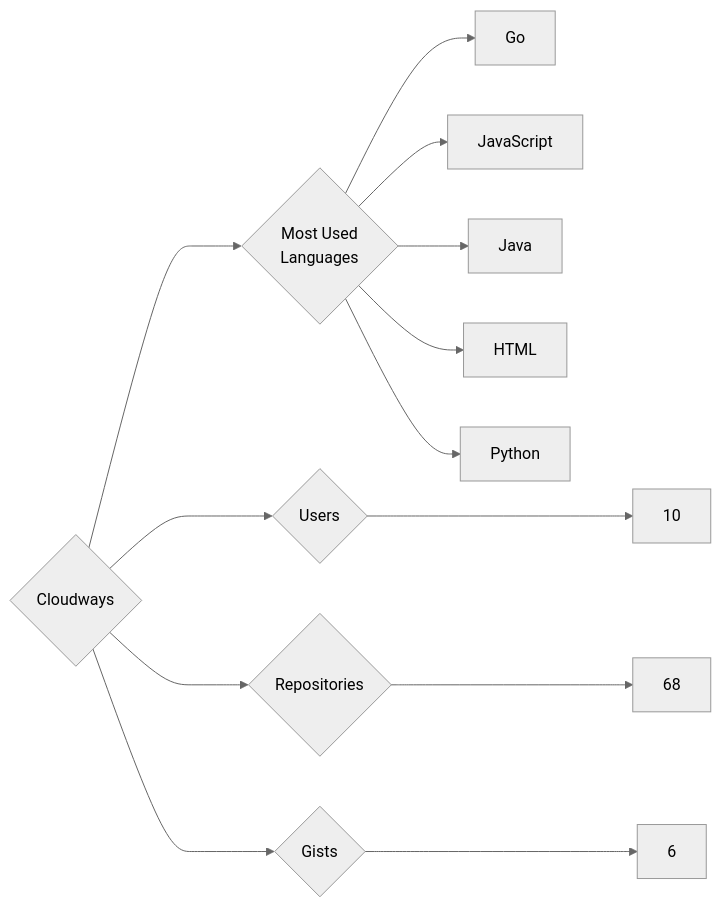
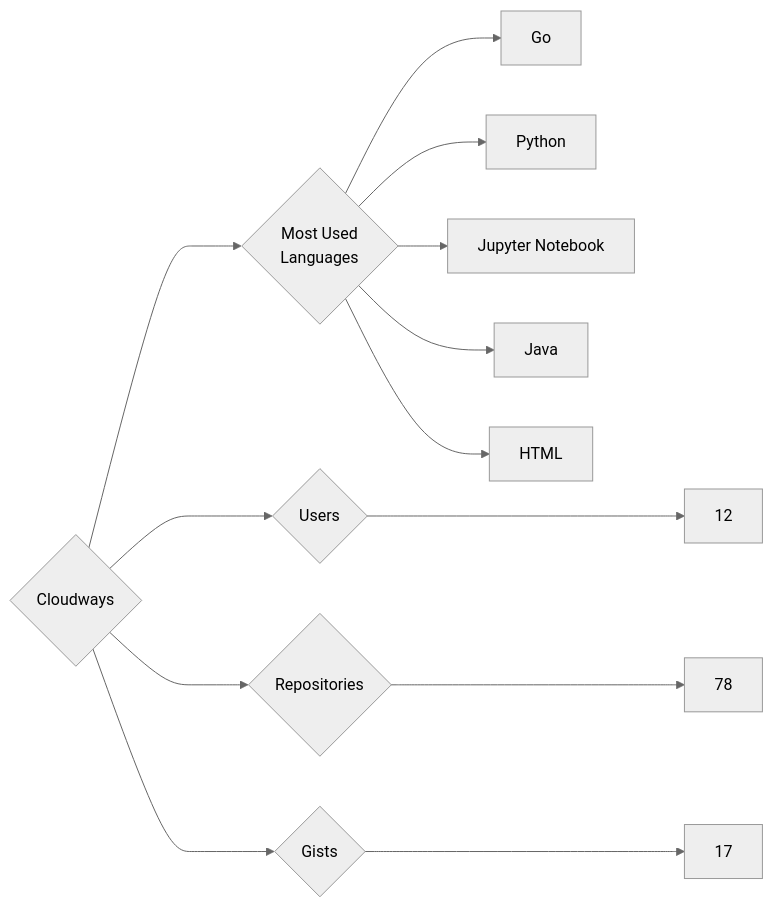
One commit to trickest/insiders changed the diagram in targets/Cloudways/README.md. Above: the diagram before and after it, drawn with Mermaid (neutral theme). The commit also changed 1078 other files, not shown here.

````diff
--- a/targets/Cloudways/README.md
+++ b/targets/Cloudways/README.md
@@ -3,13 +3,13 @@
 ```mermaid
 graph LR
 COMPANY_NAME{Cloudways}
-COMPANY_NAME ---> U{Users} ---> UN[10]
-COMPANY_NAME ---> R{Repositories} ---> RN[68]
-COMPANY_NAME ---> G{Gists} ---> GN[6]
+COMPANY_NAME ---> U{Users} ---> UN[12]
+COMPANY_NAME ---> R{Repositories} ---> RN[78]
+COMPANY_NAME ---> G{Gists} ---> GN[17]
 COMPANY_NAME ---> ML{Most Used<br>Languages}
 ML --> Go[Go]
-ML --> JavaScript[JavaScript]
+ML --> Python[Python]
+ML --> Jupyter_Notebook[Jupyter Notebook]
 ML --> Java[Java]
 ML --> HTML[HTML]
-ML --> Python[Python]
 ```
````
